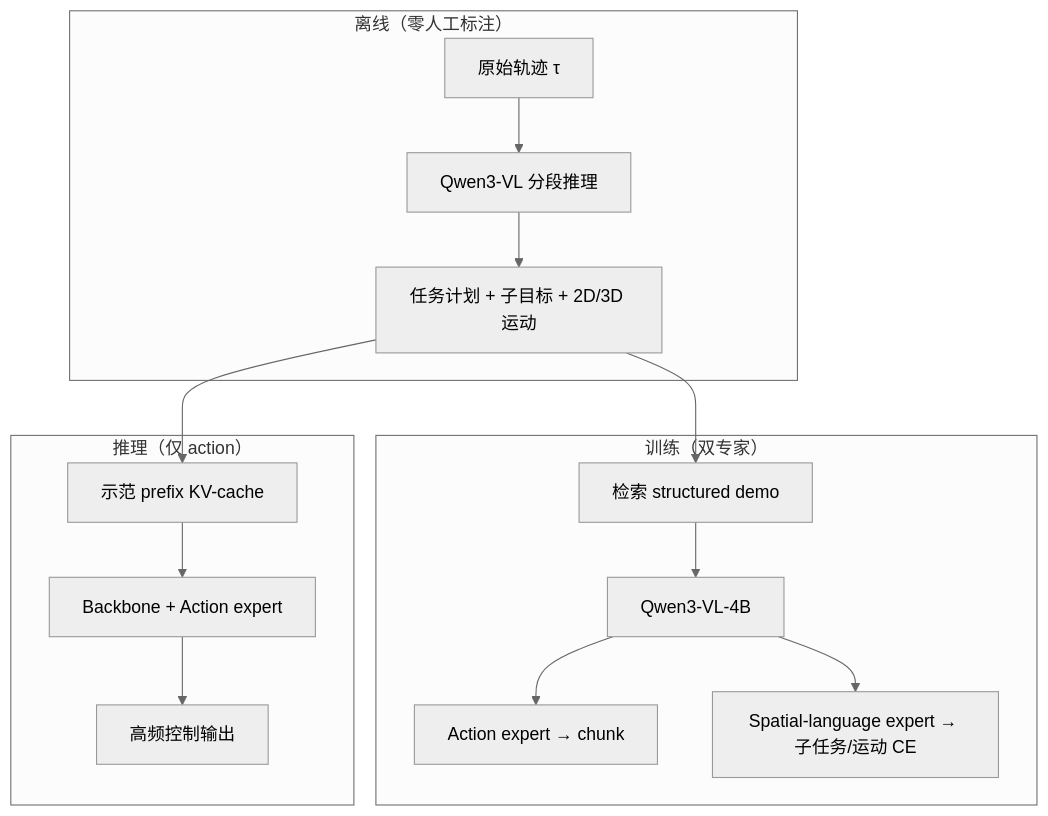
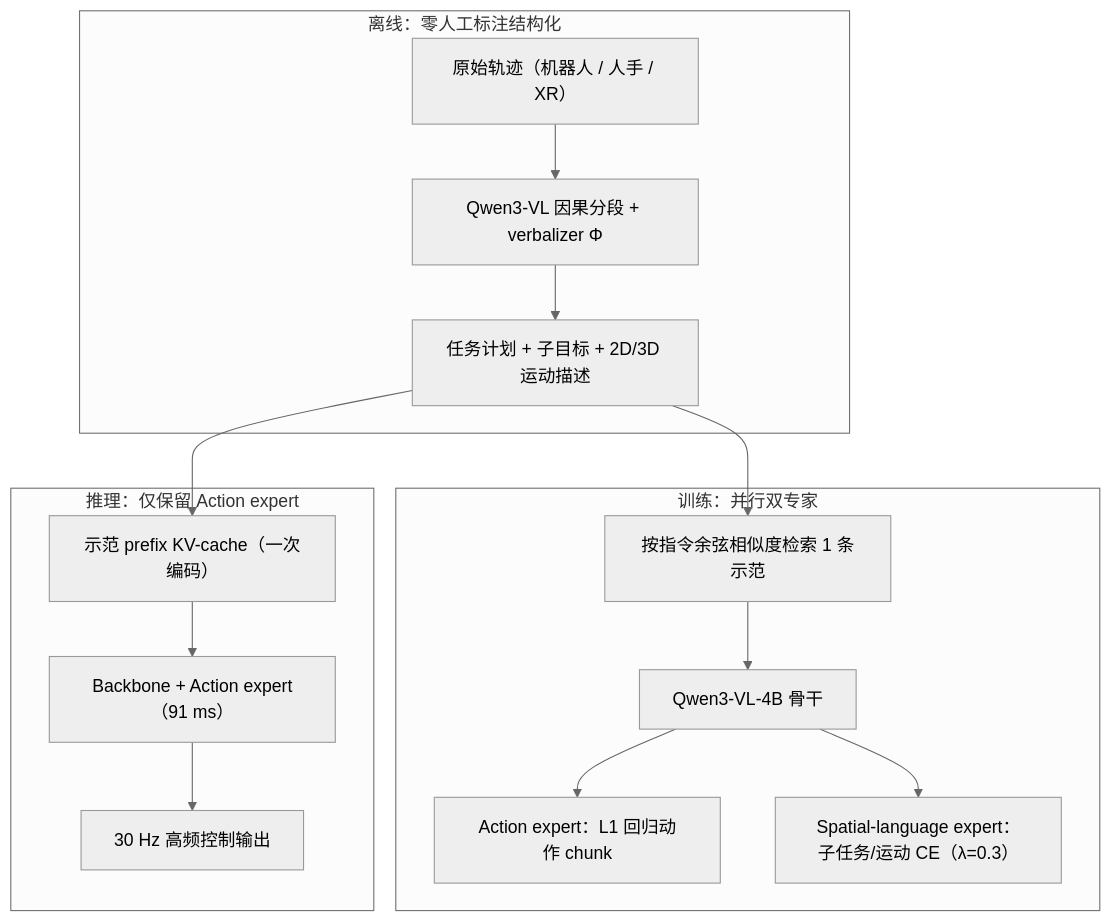
The diagram in wiki/entities/paper-stellavla-structured-icl-vla.md (ImChong/Robotics_Notebooks), drawn with Mermaid (neutral theme) before and after one commit. The commit also changed other lines of this file and 73 other files, not shown here.

````diff
--- a/wiki/entities/paper-stellavla-structured-icl-vla.md
+++ b/wiki/entities/paper-stellavla-structured-icl-vla.md
@@ -62,29 +79,29 @@
 ```mermaid
 flowchart TB
-  subgraph offline["离线（零人工标注）"]
-    raw[原始轨迹 τ]
-    vlm[Qwen3-VL 分段推理]
-    struct[任务计划 + 子目标 + 2D/3D 运动]
+  subgraph offline["离线：零人工标注结构化"]
+    raw["原始轨迹（机器人 / 人手 / XR）"]
+    vlm["Qwen3-VL 因果分段 + verbalizer Φ"]
+    struct["任务计划 + 子目标 + 2D/3D 运动描述"]
     raw --> vlm --> struct
   end
 
-  subgraph train["训练（双专家）"]
-    ret[检索 structured demo]
-    bb[Qwen3-VL-4B]
-    act[Action expert → chunk]
-    lang[Spatial-language expert → 子任务/运动 CE]
+  subgraph train["训练：并行双专家"]
+    ret["按指令余弦相似度检索 1 条示范"]
+    bb["Qwen3-VL-4B 骨干"]
+    act["Action expert：L1 回归动作 chunk"]
+    lang["Spatial-language expert：子任务/运动 CE（λ=0.3）"]
     ret --> bb
     bb --> act
     bb --> lang
   end
 
-  subgraph infer["推理（仅 action）"]
-    cache[示范 prefix KV-cache]
-    bb2[Backbone + Action expert]
-    ctrl[高频控制输出]
+  subgraph infer["推理：仅保留 Action expert"]
+    cache["示范 prefix KV-cache（一次编码）"]
+    bb2["Backbone + Action expert（91 ms）"]
+    ctrl["30 Hz 高频控制输出"]
     cache --> bb2 --> ctrl
   end
 
   struct --> ret
   struct --> cache
 ```
````
